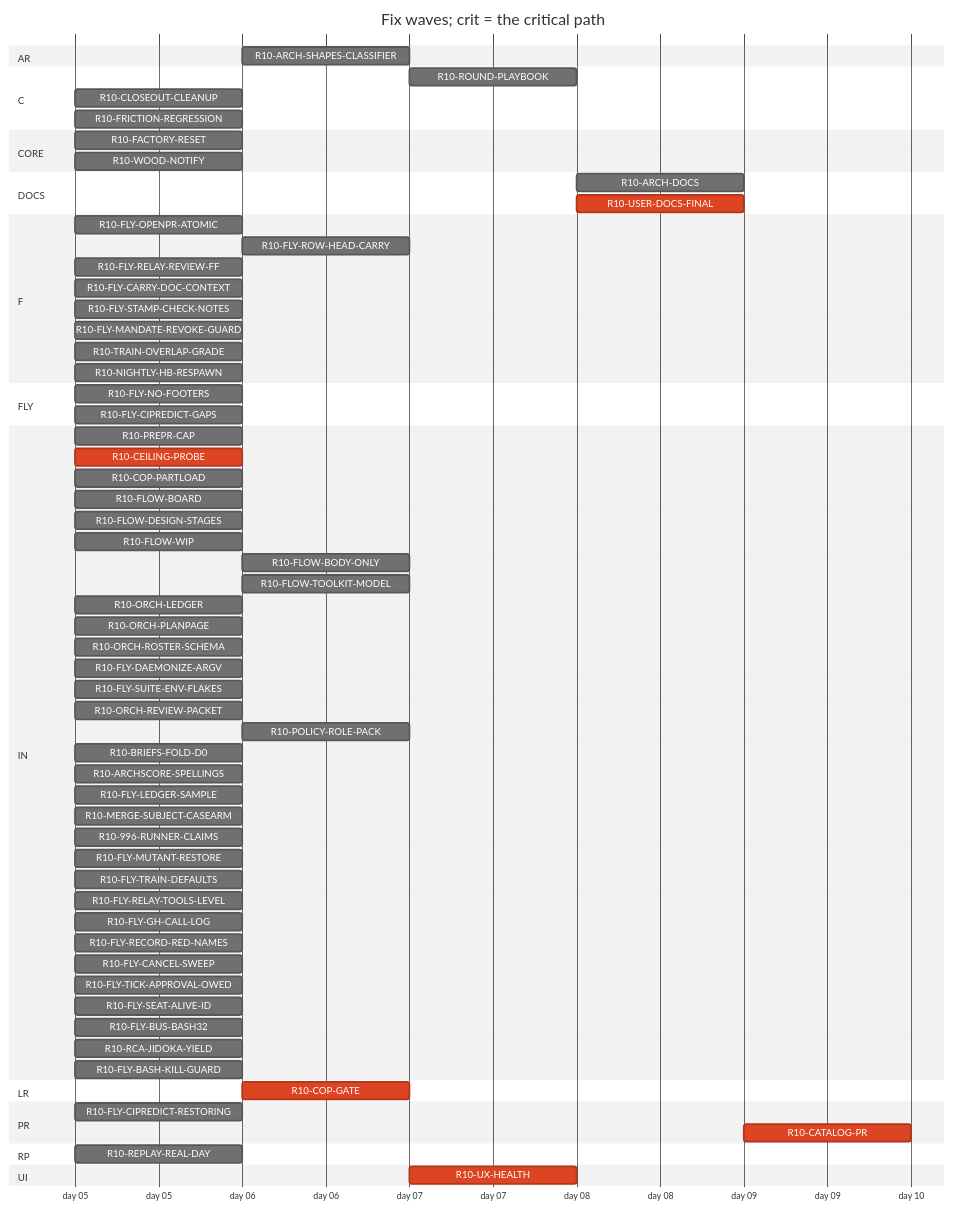
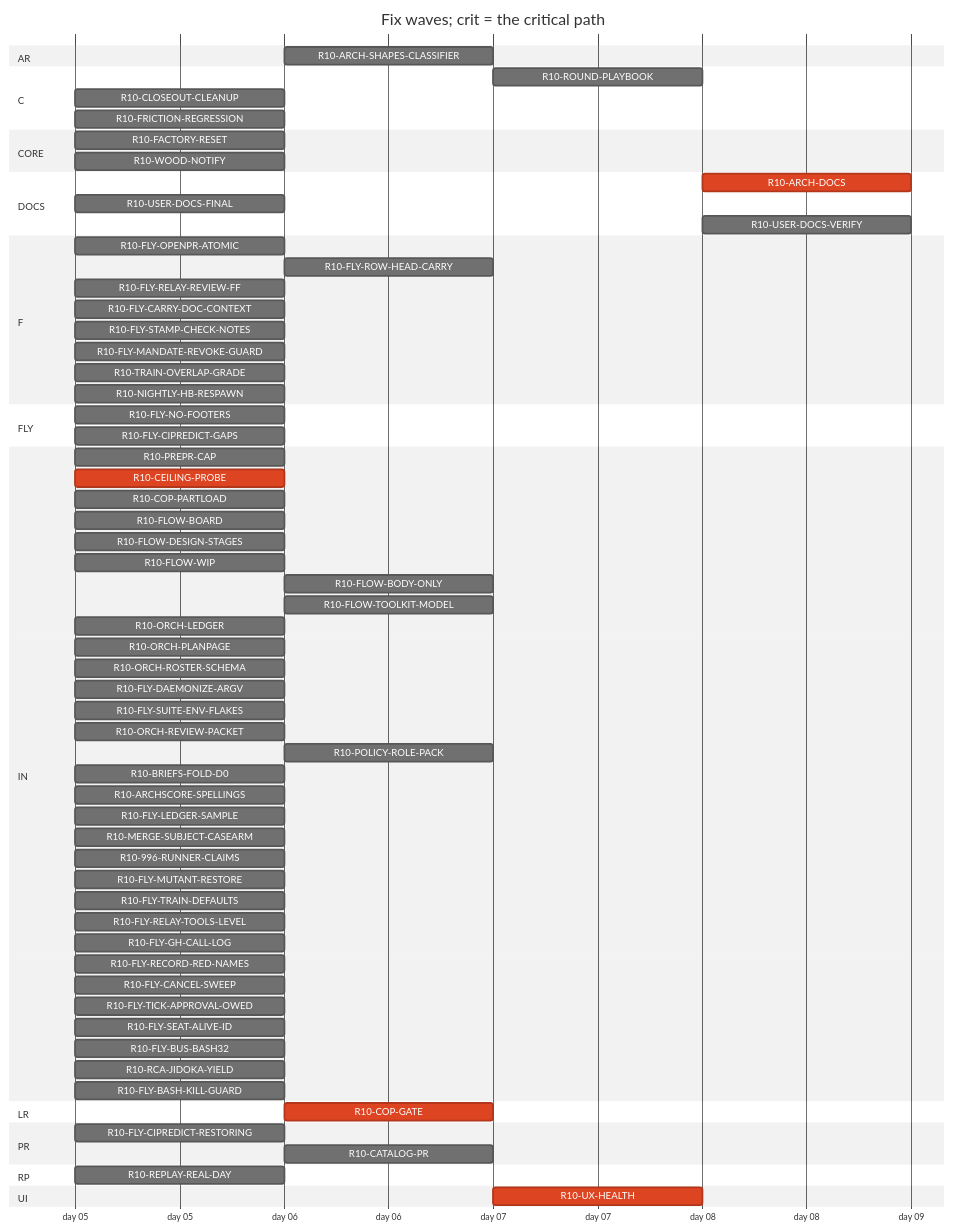
One commit to tvofi/heatpump_optimizer changed the diagram in handoff/round10/state/PLAN-TABLE.md. Above: the diagram before and after it, drawn with Mermaid (neutral theme). The commit also changed other lines of this file and 3 other files, not shown here.

Commit message:
state: FLOW-BOARD.md, NEXT-SESSION-PROMPT.md, PLAN-TABLE.md, RESUME-CURRENT.md regenerated (state_docs.py)

````diff
--- a/handoff/round10/state/PLAN-TABLE.md
+++ b/handoff/round10/state/PLAN-TABLE.md
@@ -24,71 +24,72 @@
 ```mermaid
 gantt
   title Fix waves; crit = the critical path
   dateFormat YYYY-MM-DD
   axisFormat day %d
   section AR
     R10-ARCH-SHAPES-CLASSIFIER :r10ARCHSHAPESCLASSIFIER, after r10996RUNNERCLAIMS, 1d
   section C
     R10-ROUND-PLAYBOOK :r10ROUNDPLAYBOOK, after r10ORCHLEDGER r10ORCHPLANPAGE r10FLYRELAYREVIEWFF r10FLOWBODYONLY, 1d
     R10-CLOSEOUT-CLEANUP :r10CLOSEOUTCLEANUP, 2026-01-05, 1d
     R10-FRICTION-REGRESSION :r10FRICTIONREGRESSION, 2026-01-05, 1d
   section CORE
     R10-FACTORY-RESET :r10FACTORYRESET, 2026-01-05, 1d
     R10-WOOD-NOTIFY :r10WOODNOTIFY, 2026-01-05, 1d
   section DOCS
-    R10-ARCH-DOCS :r10ARCHDOCS, after r10COPGATE r10UXHEALTH r10CEILINGPROBE r10COPPARTLOAD r10FLOWBOARD r10FLOWDESIGNSTAGES r10FLOWWIP r10FLOWBODYONLY r10FLYOPENPRATOMIC r10FLYROWHEADCARRY r10FLYRELAYREVIEWFF r10FLYCARRYDOCCONTEXT r10FLOWTOOLKITMODEL r10FLYSTAMPCHECKNOTES r10FLYMANDATEREVOKEGUARD r10TRAINOVERLAPGRADE r10NIGHTLYHBRESPAWN r10ORCHLEDGER r10ORCHPLANPAGE r10ORCHROSTERSCHEMA r10FLYDAEMONIZEARGV r10ORCHREVIEWPACKET r10POLICYROLEPACK r10BRIEFSFOLDD0 r10REPLAYREALDAY r10ARCHSCORESPELLINGS r10FLYLEDGERSAMPLE, 1d
-    R10-USER-DOCS-FINAL :crit, r10USERDOCSFINAL, after r10COPGATE r10UXHEALTH r10CEILINGPROBE r10COPPARTLOAD r10FLOWBOARD r10FLOWDESIGNSTAGES r10FLOWWIP r10FLOWBODYONLY r10FLYOPENPRATOMIC r10FLYROWHEADCARRY r10FLYRELAYREVIEWFF r10FLYCARRYDOCCONTEXT r10FLOWTOOLKITMODEL r10FLYSTAMPCHECKNOTES r10FLYMANDATEREVOKEGUARD r10TRAINOVERLAPGRADE r10NIGHTLYHBRESPAWN r10ORCHLEDGER r10ORCHPLANPAGE r10ORCHROSTERSCHEMA r10FLYDAEMONIZEARGV r10ORCHREVIEWPACKET r10POLICYROLEPACK r10BRIEFSFOLDD0 r10REPLAYREALDAY r10ARCHSCORESPELLINGS r10FLYLEDGERSAMPLE r10FACTORYRESET r10WOODNOTIFY, 1d
+    R10-ARCH-DOCS :crit, r10ARCHDOCS, after r10COPGATE r10UXHEALTH r10CEILINGPROBE r10COPPARTLOAD r10FLOWBOARD r10FLOWDESIGNSTAGES r10FLOWWIP r10FLOWBODYONLY r10FLYOPENPRATOMIC r10FLYROWHEADCARRY r10FLYRELAYREVIEWFF r10FLYCARRYDOCCONTEXT r10FLOWTOOLKITMODEL r10FLYSTAMPCHECKNOTES r10FLYMANDATEREVOKEGUARD r10TRAINOVERLAPGRADE r10NIGHTLYHBRESPAWN r10ORCHLEDGER r10ORCHPLANPAGE r10ORCHROSTERSCHEMA r10FLYDAEMONIZEARGV r10ORCHREVIEWPACKET r10POLICYROLEPACK r10BRIEFSFOLDD0 r10REPLAYREALDAY r10ARCHSCORESPELLINGS r10FLYLEDGERSAMPLE, 1d
+    R10-USER-DOCS-FINAL :r10USERDOCSFINAL, 2026-01-05, 1d
+    R10-USER-DOCS-VERIFY :r10USERDOCSVERIFY, after r10COPGATE r10UXHEALTH r10CEILINGPROBE r10COPPARTLOAD r10FLOWBOARD r10FLOWDESIGNSTAGES r10FLOWWIP r10FLOWBODYONLY r10FLYOPENPRATOMIC r10FLYROWHEADCARRY r10FLYRELAYREVIEWFF r10FLYCARRYDOCCONTEXT r10FLOWTOOLKITMODEL r10FLYSTAMPCHECKNOTES r10FLYMANDATEREVOKEGUARD r10TRAINOVERLAPGRADE r10NIGHTLYHBRESPAWN r10ORCHLEDGER r10ORCHPLANPAGE r10ORCHROSTERSCHEMA r10FLYDAEMONIZEARGV r10ORCHREVIEWPACKET r10POLICYROLEPACK r10BRIEFSFOLDD0 r10REPLAYREALDAY r10ARCHSCORESPELLINGS r10FLYLEDGERSAMPLE r10FACTORYRESET r10WOODNOTIFY r10USERDOCSFINAL, 1d
   section F
     R10-FLY-OPENPR-ATOMIC :r10FLYOPENPRATOMIC, 2026-01-05, 1d
     R10-FLY-ROW-HEAD-CARRY :r10FLYROWHEADCARRY, after r10FLYOPENPRATOMIC, 1d
     R10-FLY-RELAY-REVIEW-FF :r10FLYRELAYREVIEWFF, 2026-01-05, 1d
     R10-FLY-CARRY-DOC-CONTEXT :r10FLYCARRYDOCCONTEXT, 2026-01-05, 1d
     R10-FLY-STAMP-CHECK-NOTES :r10FLYSTAMPCHECKNOTES, 2026-01-05, 1d
     R10-FLY-MANDATE-REVOKE-GUARD :r10FLYMANDATEREVOKEGUARD, 2026-01-05, 1d
     R10-TRAIN-OVERLAP-GRADE :r10TRAINOVERLAPGRADE, 2026-01-05, 1d
     R10-NIGHTLY-HB-RESPAWN :r10NIGHTLYHBRESPAWN, 2026-01-05, 1d
   section FLY
     R10-FLY-NO-FOOTERS :r10FLYNOFOOTERS, 2026-01-05, 1d
     R10-FLY-CIPREDICT-GAPS :r10FLYCIPREDICTGAPS, 2026-01-05, 1d
   section IN
     R10-PREPR-CAP :r10PREPRCAP, 2026-01-05, 1d
     R10-CEILING-PROBE :crit, r10CEILINGPROBE, 2026-01-05, 1d
     R10-COP-PARTLOAD :r10COPPARTLOAD, 2026-01-05, 1d
     R10-FLOW-BOARD :r10FLOWBOARD, 2026-01-05, 1d
     R10-FLOW-DESIGN-STAGES :r10FLOWDESIGNSTAGES, 2026-01-05, 1d
     R10-FLOW-WIP :r10FLOWWIP, 2026-01-05, 1d
     R10-FLOW-BODY-ONLY :r10FLOWBODYONLY, after r10FLYOPENPRATOMIC, 1d
     R10-FLOW-TOOLKIT-MODEL :r10FLOWTOOLKITMODEL, after r10ORCHPLANPAGE, 1d
     R10-ORCH-LEDGER :r10ORCHLEDGER, 2026-01-05, 1d
     R10-ORCH-PLANPAGE :r10ORCHPLANPAGE, 2026-01-05, 1d
     R10-ORCH-ROSTER-SCHEMA :r10ORCHROSTERSCHEMA, 2026-01-05, 1d
     R10-FLY-DAEMONIZE-ARGV :r10FLYDAEMONIZEARGV, 2026-01-05, 1d
     R10-FLY-SUITE-ENV-FLAKES :r10FLYSUITEENVFLAKES, 2026-01-05, 1d
     R10-ORCH-REVIEW-PACKET :r10ORCHREVIEWPACKET, 2026-01-05, 1d
     R10-POLICY-ROLE-PACK :r10POLICYROLEPACK, after r10FLOWDESIGNSTAGES, 1d
     R10-BRIEFS-FOLD-D0 :r10BRIEFSFOLDD0, 2026-01-05, 1d
     R10-ARCHSCORE-SPELLINGS :r10ARCHSCORESPELLINGS, 2026-01-05, 1d
     R10-FLY-LEDGER-SAMPLE :r10FLYLEDGERSAMPLE, 2026-01-05, 1d
     R10-MERGE-SUBJECT-CASEARM :r10MERGESUBJECTCASEARM, 2026-01-05, 1d
     R10-996-RUNNER-CLAIMS :r10996RUNNERCLAIMS, 2026-01-05, 1d
     R10-FLY-MUTANT-RESTORE :r10FLYMUTANTRESTORE, 2026-01-05, 1d
     R10-FLY-TRAIN-DEFAULTS :r10FLYTRAINDEFAULTS, 2026-01-05, 1d
     R10-FLY-RELAY-TOOLS-LEVEL :r10FLYRELAYTOOLSLEVEL, 2026-01-05, 1d
     R10-FLY-GH-CALL-LOG :r10FLYGHCALLLOG, 2026-01-05, 1d
     R10-FLY-RECORD-RED-NAMES :r10FLYRECORDREDNAMES, 2026-01-05, 1d
     R10-FLY-CANCEL-SWEEP :r10FLYCANCELSWEEP, 2026-01-05, 1d
     R10-FLY-TICK-APPROVAL-OWED :r10FLYTICKAPPROVALOWED, 2026-01-05, 1d
     R10-FLY-SEAT-ALIVE-ID :r10FLYSEATALIVEID, 2026-01-05, 1d
     R10-FLY-BUS-BASH32 :r10FLYBUSBASH32, 2026-01-05, 1d
     R10-RCA-JIDOKA-YIELD :r10RCAJIDOKAYIELD, 2026-01-05, 1d
     R10-FLY-BASH-KILL-GUARD :r10FLYBASHKILLGUARD, 2026-01-05, 1d
   section LR
     R10-COP-GATE :crit, r10COPGATE, after r10CEILINGPROBE, 1d
   section PR
     R10-FLY-CIPREDICT-RESTORING :r10FLYCIPREDICTRESTORING, 2026-01-05, 1d
-    R10-CATALOG-PR :crit, r10CATALOGPR, after r10USERDOCSFINAL, 1d
+    R10-CATALOG-PR :r10CATALOGPR, after r10USERDOCSFINAL, 1d
   section RP
     R10-REPLAY-REAL-DAY :r10REPLAYREALDAY, 2026-01-05, 1d
   section UI
     R10-UX-HEALTH :crit, r10UXHEALTH, after r10COPGATE, 1d
 ```
````
